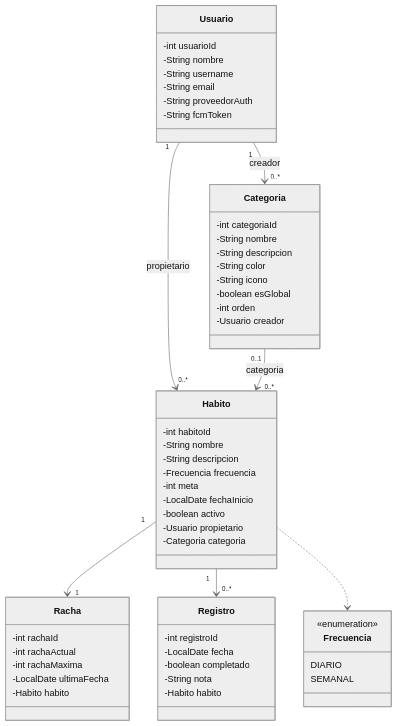
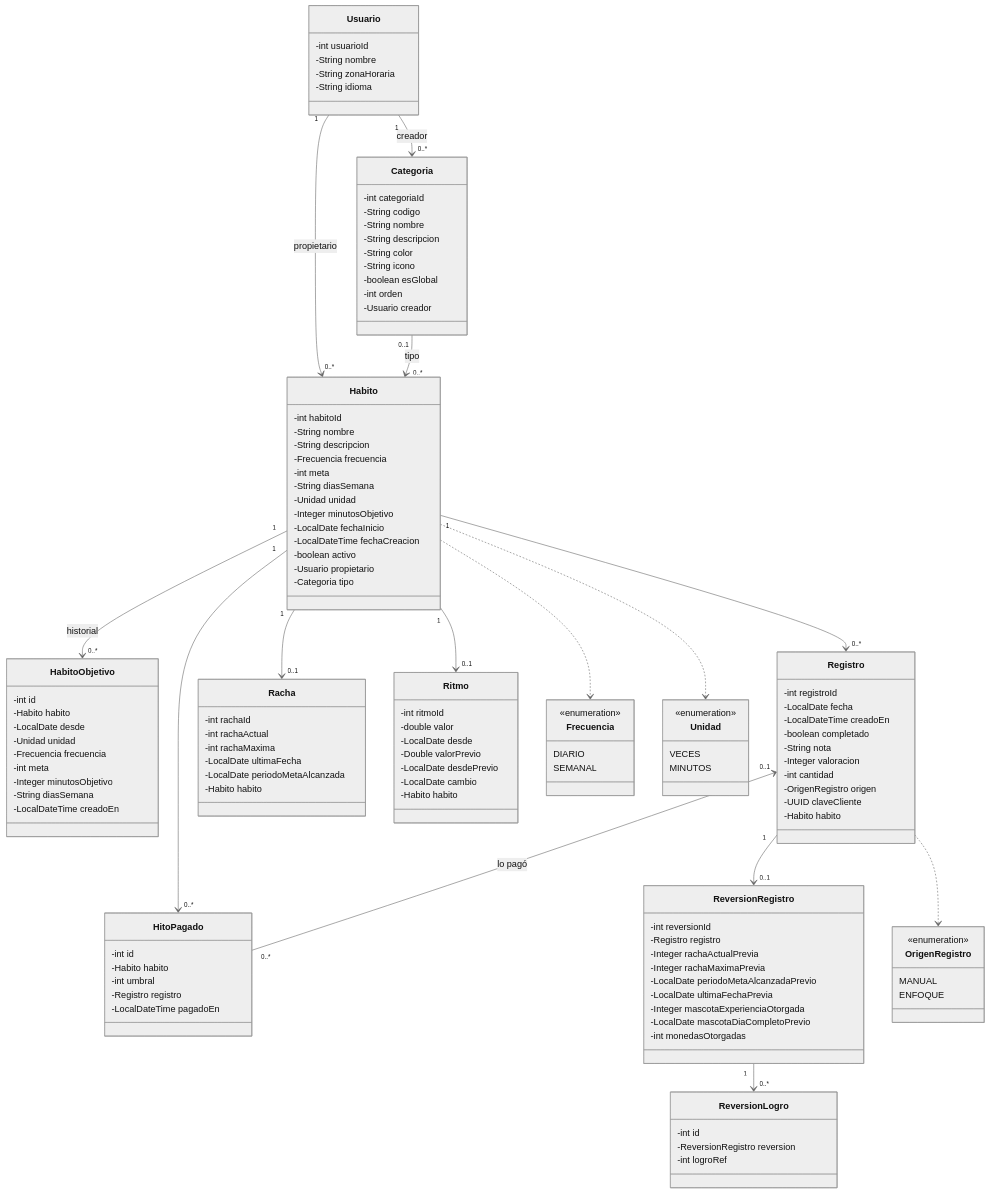
The first of 8 diagrams in docs/Logicas/05-diagramas-uml.md (jgrabalosa/habitos-app), drawn with Mermaid (neutral theme) before and after one commit. The commit also changed other lines of this file, not shown here.

First line of the commit message:
05: diagramas con el modelo y los flujos reales de wip-enfoque

````diff
--- a/docs/Logicas/05-diagramas-uml.md
+++ b/docs/Logicas/05-diagramas-uml.md
@@ -15,14 +21,13 @@
     class Usuario {
         -int usuarioId
         -String nombre
-        -String username
-        -String email
-        -String proveedorAuth
-        -String fcmToken
+        -String zonaHoraria
+        -String idioma
     }
 
     class Categoria {
         -int categoriaId
+        -String codigo
         -String nombre
         -String descripcion
         -String color
@@ -38,10 +43,39 @@
         -String descripcion
         -Frecuencia frecuencia
         -int meta
+        -String diasSemana
+        -Unidad unidad
+        -Integer minutosObjetivo
         -LocalDate fechaInicio
+        -LocalDateTime fechaCreacion
         -boolean activo
         -Usuario propietario
-        -Categoria categoria
+        -Categoria tipo
+    }
+
+    class HabitoObjetivo {
+        -int id
+        -Habito habito
+        -LocalDate desde
+        -Unidad unidad
+        -Frecuencia frecuencia
+        -int meta
+        -Integer minutosObjetivo
+        -String diasSemana
+        -LocalDateTime creadoEn
+    }
+
+    class Registro {
+        -int registroId
+        -LocalDate fecha
+        -LocalDateTime creadoEn
+        -boolean completado
+        -String nota
+        -Integer valoracion
+        -int cantidad
+        -OrigenRegistro origen
+        -UUID claveCliente
+        -Habito habito
     }
 
     class Racha {
@@ -49,15 +83,44 @@
         -int rachaActual
         -int rachaMaxima
         -LocalDate ultimaFecha
+        -LocalDate periodoMetaAlcanzada
         -Habito habito
     }
 
-    class Registro {
-        -int registroId
-        -LocalDate fecha
-        -boolean completado
-        -String nota
+    class Ritmo {
+        -int ritmoId
+        -double valor
+        -LocalDate desde
+        -Double valorPrevio
+        -LocalDate desdePrevio
+        -LocalDate cambio
         -Habito habito
+    }
+
+    class HitoPagado {
+        -int id
+        -Habito habito
+        -int umbral
+        -Registro registro
+        -LocalDateTime pagadoEn
+    }
+
+    class ReversionRegistro {
+        -int reversionId
+        -Registro registro
+        -Integer rachaActualPrevia
+        -Integer rachaMaximaPrevia
+        -LocalDate periodoMetaAlcanzadaPrevio
+        -LocalDate ultimaFechaPrevia
+        -Integer mascotaExperienciaOtorgada
+        -LocalDate mascotaDiaCompletoPrevio
+        -int monedasOtorgadas
+    }
+
+    class ReversionLogro {
+        -int id
+        -ReversionRegistro reversion
+        -int logroRef
     }
 
     class Frecuencia {
@@ -66,10 +129,30 @@
         SEMANAL
     }
 
+    class Unidad {
+        <<enumeration>>
+        VECES
+        MINUTOS
+    }
+
+    class OrigenRegistro {
+        <<enumeration>>
+        MANUAL
+        ENFOQUE
+    }
+
     Usuario "1" --> "0..*" Habito : propietario
     Usuario "1" --> "0..*" Categoria : creador
-    Categoria "0..1" --> "0..*" Habito : categoria
-    Habito "1" --> "1" Racha
+    Categoria "0..1" --> "0..*" Habito : tipo
+    Habito "1" --> "0..*" HabitoObjetivo : historial
     Habito "1" --> "0..*" Registro
+    Habito "1" --> "0..1" Racha
+    Habito "1" --> "0..1" Ritmo
+    Habito "1" --> "0..*" HitoPagado
+    Registro "0..1" <-- "0..*" HitoPagado : lo pagó
+    Registro "1" --> "0..1" ReversionRegistro
+    ReversionRegistro "1" --> "0..*" ReversionLogro
     Habito ..> Frecuencia
+    Habito ..> Unidad
+    Registro ..> OrigenRegistro
 ```
````
